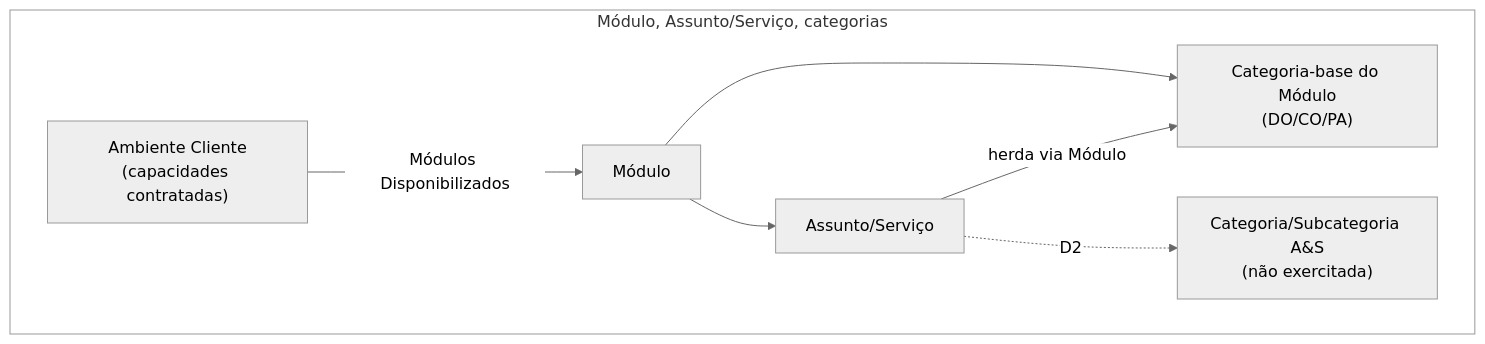
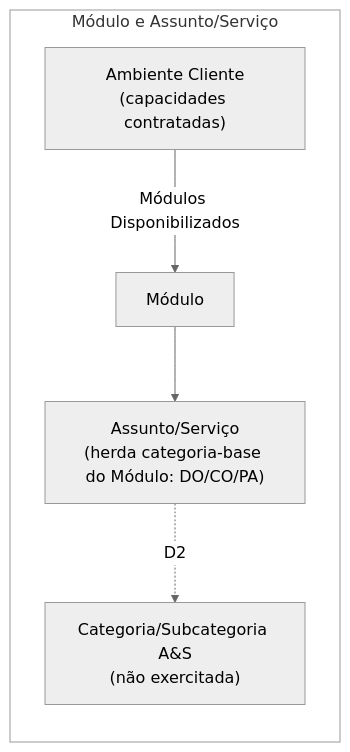
Before and after one commit to RafaCartaxo/brainwork: the second of 6 diagrams in QA Workspace/02 Demandas/DEV/SGV-11262 - [QA-Automação] Termo de Referência SOGOV/SGV-12082 - Mapeamento de atores e modelo do preset do TR/01 Modelo do preset/04 - Modelo-alvo dos dados do preset.md, drawn with Mermaid (neutral theme). The commit also changed other lines of this file and 1 other file, not shown here.

Commit message:
vault backup: 2026-10-14 11:28:17

````diff
--- a/QA Workspace/02 Demandas/DEV/SGV-11262 - [QA-Automação] Termo de Referência SOGOV/SGV-12082 - Mapeamento de atores e modelo do preset do TR/01 Modelo do preset/04 - Modelo-alvo dos dados do preset.md
+++ b/QA Workspace/02 Demandas/DEV/SGV-11262 - [QA-Automação] Termo de Referência SOGOV/SGV-12082 - Mapeamento de atores e modelo do preset do TR/01 Modelo do preset/04 - Modelo-alvo dos dados do preset.md
@@ -72,18 +73,16 @@
 ```mermaid
 flowchart TB
-    subgraph C2["Módulo, Assunto/Serviço, categorias"]
+    subgraph C2["Módulo e Assunto/Serviço"]
+        direction TB
         Modulo["Módulo"]
-        AssuntoServico["Assunto/Serviço"]
-        CategoriaModulo["Categoria-base do Módulo<br/>(DO/CO/PA)"]
+        AssuntoServico["Assunto/Serviço<br/>(herda categoria-base do Módulo: DO/CO/PA)"]
         CategoriaAS["Categoria/Subcategoria A&S<br/>(não exercitada)"]
         AmbienteCliente["Ambiente Cliente<br/>(capacidades contratadas)"]
     end
 
     Modulo --> AssuntoServico
-    Modulo --> CategoriaModulo
-    AssuntoServico -->|"herda via Módulo"| CategoriaModulo
     AssuntoServico -.->|"D2"| CategoriaAS
     AmbienteCliente -->|"Módulos Disponibilizados"| Modulo
 
     style C2 fill:none,stroke:#999999,stroke-width:1px
 ```
````
